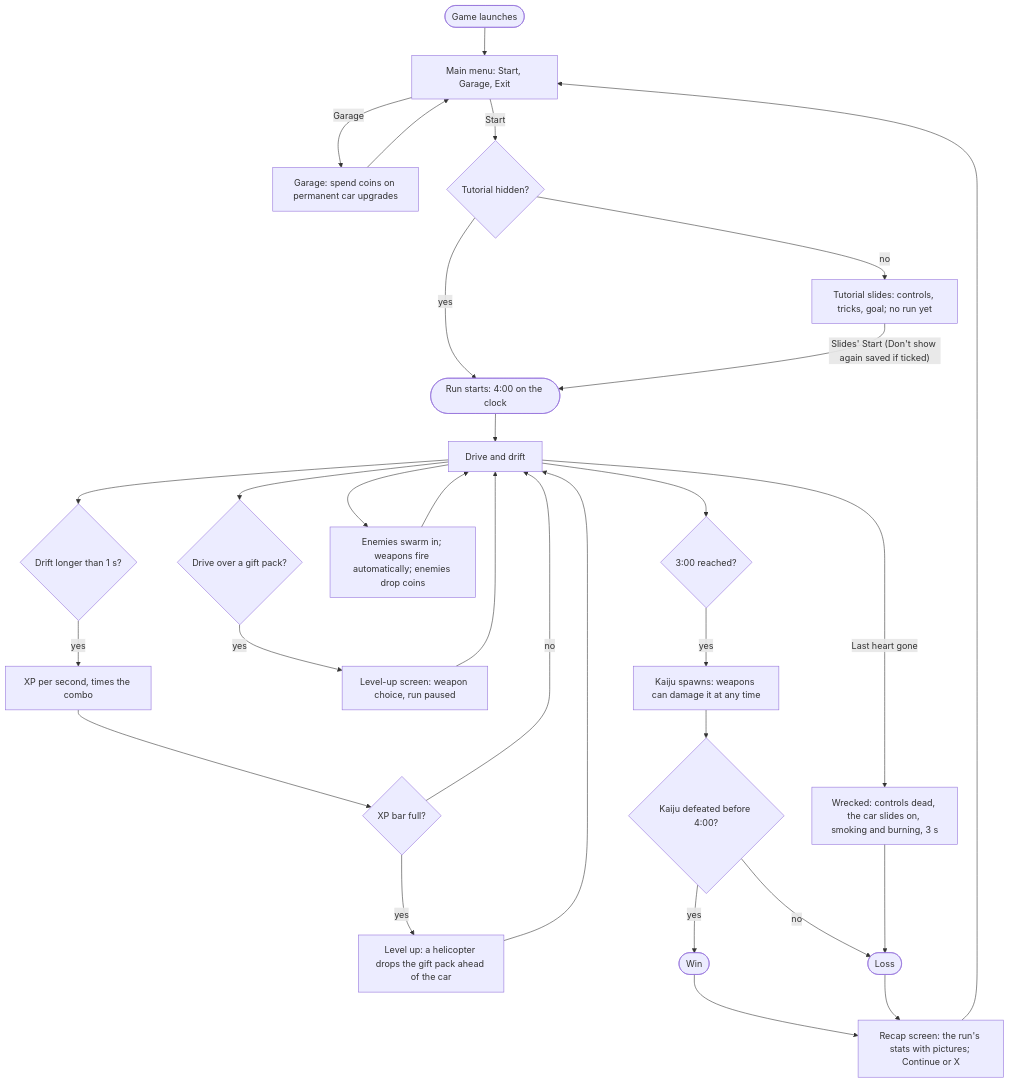
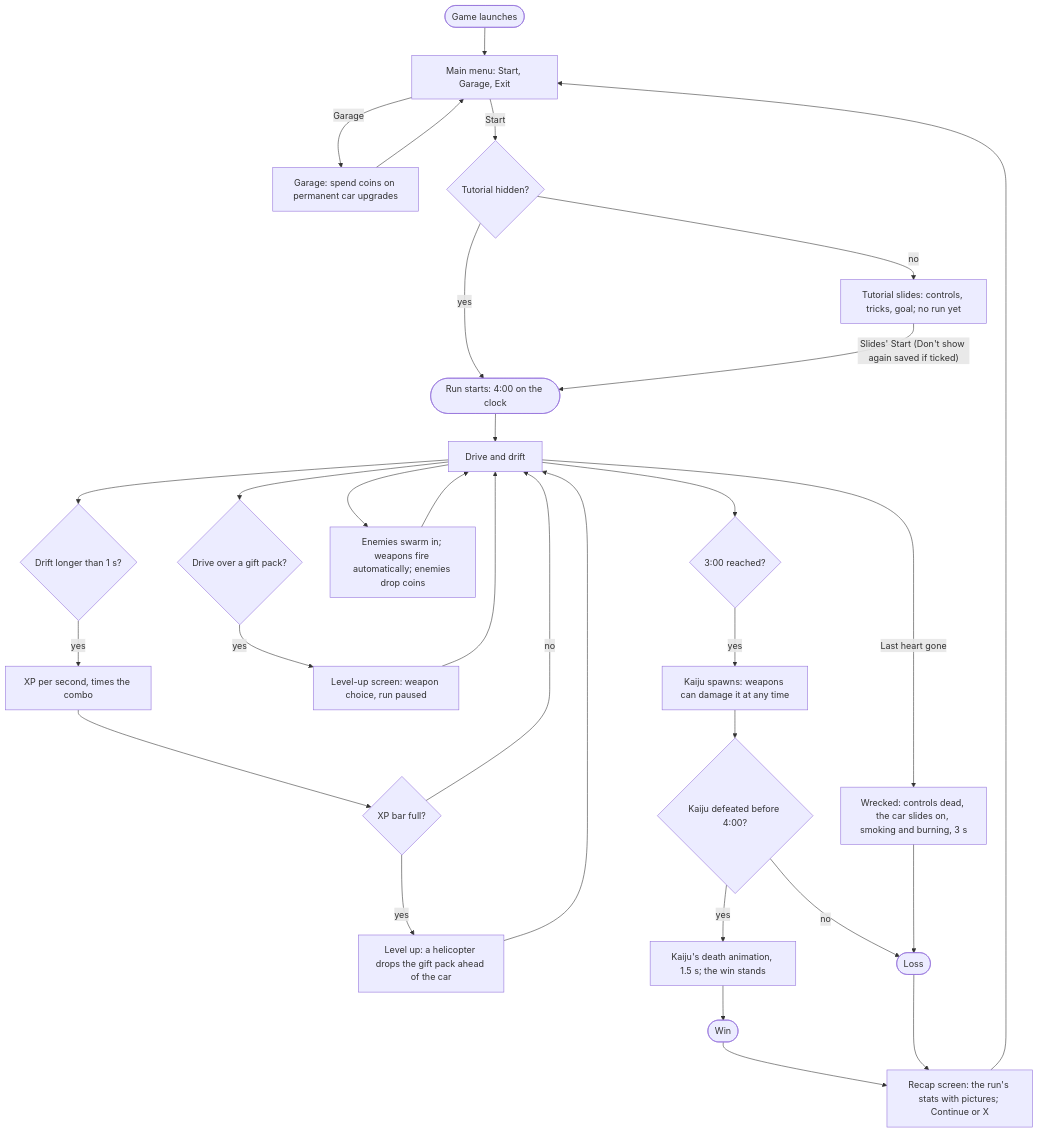
Before and after one commit to akyrat/solid-carbide-game: the diagram in docs/game-loop-architecture.md, drawn with Mermaid. The commit also changed other lines of this file and 1 other file, not shown here.

Commit message:
T-612: Enemies and Game loop architecture Content: the kaiju's animations and the win after its death

````diff
--- a/docs/game-loop-architecture.md
+++ b/docs/game-loop-architecture.md
@@ -75,26 +75,26 @@
 ```mermaid
 flowchart TD
     launch([Game launches]) --> menu
     start([Run starts: 4:00 on the clock]) --> drive[Drive and drift]
     drive --> drift{Drift longer than 1 s?}
     drift -- yes --> dxp[XP per second, times the combo] --> lvl{XP bar full?}
     lvl -- yes --> heli[Level up: a helicopter drops the gift pack ahead of the car] --> drive
     drive --> pack{Drive over a gift pack?}
     pack -- yes --> choice[Level-up screen: weapon choice, run paused] --> drive
     lvl -- no --> drive
     drive --> enemies[Enemies swarm in; weapons fire automatically; enemies drop coins] --> drive
     drive --> boss{3:00 reached?}
     boss -- yes --> kaiju[Kaiju spawns: weapons can damage it at any time]
     kaiju --> win{Kaiju defeated before 4:00?}
-    win -- yes --> won([Win])
+    win -- yes --> death[Kaiju's death animation, 1.5 s; the win stands] --> won([Win])
     win -- no --> lost([Loss])
     drive -- Last heart gone --> wreck[Wrecked: controls dead, the car slides on, smoking and burning, 3 s] --> lost
     won --> recap[Recap screen: the run's stats with pictures; Continue or X]
     lost --> recap
     recap --> menu[Main menu: Start, Garage, Exit]
     menu -- Garage --> garage[Garage: spend coins on permanent car upgrades] --> menu
     menu -- Start --> hidden{Tutorial hidden?}
     hidden -- yes --> start
     hidden -- no --> slides[Tutorial slides: controls, tricks, goal; no run yet]
     slides -- "Slides' Start (Don't show again saved if ticked)" --> start
 ```
````
